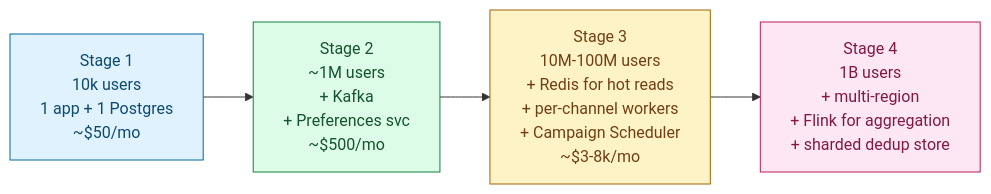
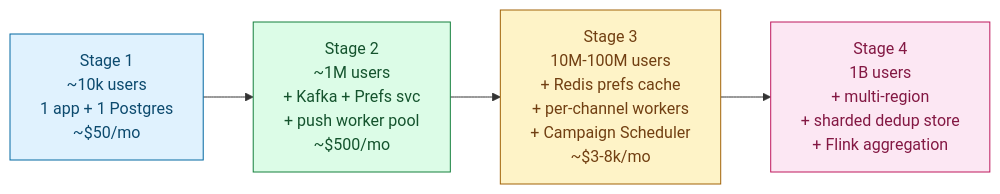
The fourth of 4 diagrams in problems/010-notification-system/solution.md (shiningflash/system-design), drawn with Mermaid before and after one commit. The commit also changed other lines of this file and 37 other files, not shown here.

````diff
--- a/problems/010-notification-system/solution.md
+++ b/problems/010-notification-system/solution.md
@@ -435,14 +420,14 @@
 ```mermaid
 flowchart LR
-    S1["Stage 1<br/>10k users<br/>1 app + 1 Postgres<br/>~$50/mo"]:::s1
-    S2["Stage 2<br/>~1M users<br/>+ Kafka<br/>+ Preferences svc<br/>~$500/mo"]:::s2
-    S3["Stage 3<br/>10M-100M users<br/>+ Redis for hot reads<br/>+ per-channel workers<br/>+ Campaign Scheduler<br/>~$3-8k/mo"]:::s3
-    S4["Stage 4<br/>1B users<br/>+ multi-region<br/>+ Flink for aggregation<br/>+ sharded dedup store"]:::s4
+    S1["Stage 1<br/>~10k users<br/>1 app + 1 Postgres<br/>~$50/mo"]:::s1
+    S2["Stage 2<br/>~1M users<br/>+ Kafka + Prefs svc<br/>+ push worker pool<br/>~$500/mo"]:::s2
+    S3["Stage 3<br/>10M-100M users<br/>+ Redis prefs cache<br/>+ per-channel workers<br/>+ Campaign Scheduler<br/>~$3-8k/mo"]:::s3
+    S4["Stage 4<br/>1B users<br/>+ multi-region<br/>+ sharded dedup store<br/>+ Flink aggregation"]:::s4
 
     S1 --> S2 --> S3 --> S4
 
     classDef s1 fill:#e0f2fe,stroke:#0369a1,color:#0c4a6e
     classDef s2 fill:#dcfce7,stroke:#15803d,color:#14532d
     classDef s3 fill:#fef3c7,stroke:#a16207,color:#713f12
     classDef s4 fill:#fce7f3,stroke:#be185d,color:#831843
 ```
````
